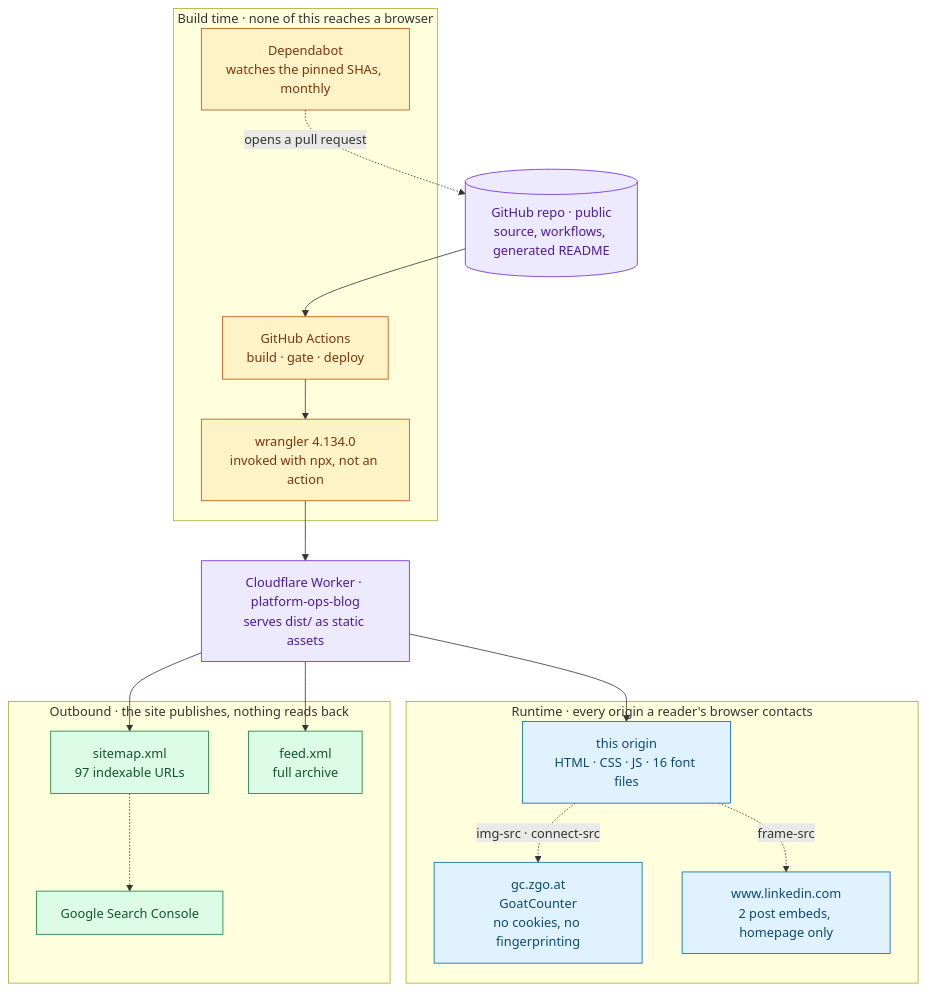
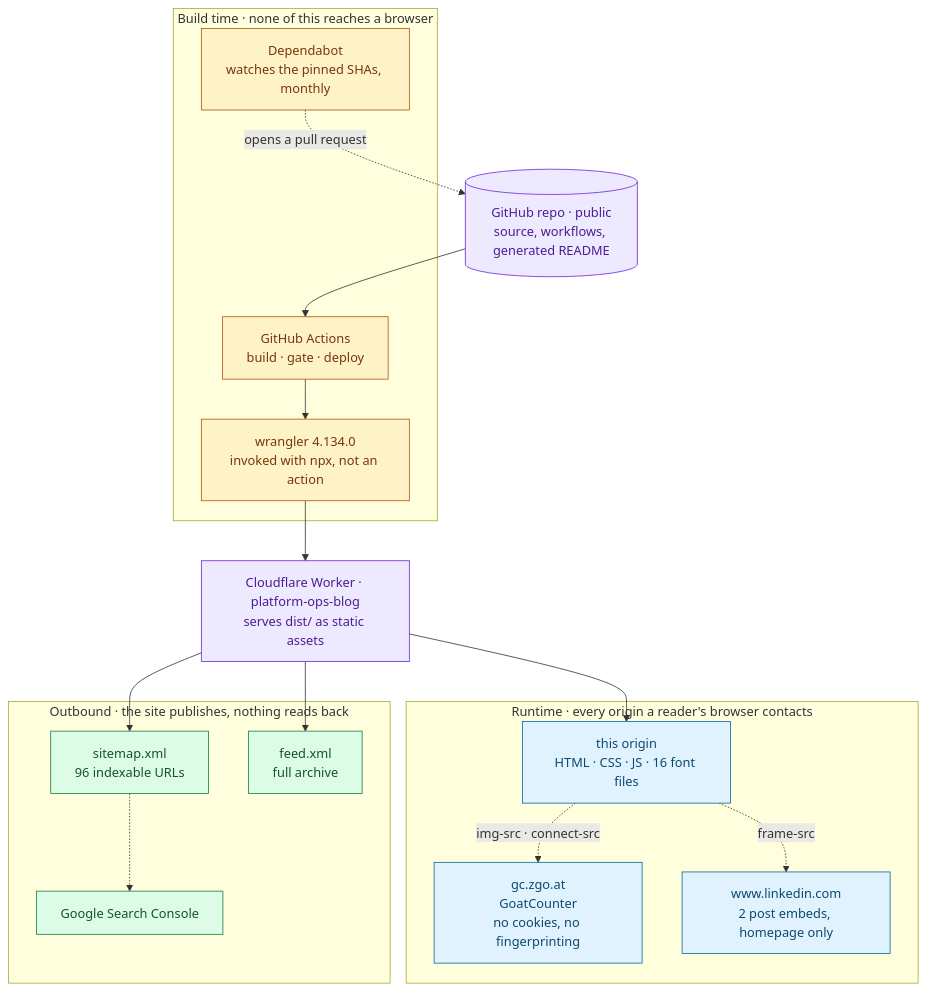
The third of 3 diagrams in README.md (Vishal-Abhinav/Platform-ops-Newsletter), drawn with Mermaid before and after one commit. The commit also changed other lines of this file and 15 other files, not shown here.

````diff
--- a/README.md
+++ b/README.md
@@ -268,42 +268,42 @@
 ```mermaid
 flowchart TB
   REPO[("GitHub repo · public<br/>source, workflows, generated README")]
 
   subgraph BT["Build time · none of this reaches a browser"]
     ACT["GitHub Actions<br/>build · gate · deploy"]
     WR["wrangler 4.134.0<br/>invoked with npx, not an action"]
     DB["Dependabot<br/>watches the pinned SHAs, monthly"]
   end
 
   WORKER["Cloudflare Worker · platform-ops-blog<br/>serves dist/ as static assets"]
 
   subgraph RT["Runtime · every origin a reader's browser contacts"]
     SELF["this origin<br/>HTML · CSS · JS · 16 font files"]
     GC["gc.zgo.at<br/>GoatCounter<br/>no cookies, no fingerprinting"]
     LI["www.linkedin.com<br/>2 post embeds, homepage only"]
   end
 
   subgraph OB["Outbound · the site publishes, nothing reads back"]
-    SM["sitemap.xml<br/>97 indexable URLs"]
+    SM["sitemap.xml<br/>96 indexable URLs"]
     RSS["feed.xml<br/>full archive"]
     GSC["Google Search Console"]
   end
 
   REPO --> ACT --> WR --> WORKER
   DB -.->|opens a pull request| REPO
   WORKER --> SELF
   SELF -.->|"img-src · connect-src"| GC
   SELF -.->|frame-src| LI
   WORKER --> SM
   WORKER --> RSS
   SM -.-> GSC
 
   classDef own fill:#ede9fe,stroke:#6d28d9,color:#4c1d95
   classDef bt fill:#fef3c7,stroke:#b45309,color:#78350f
   classDef rt fill:#e0f2fe,stroke:#0369a1,color:#0c4a6e
   classDef ob fill:#dcfce7,stroke:#15803d,color:#14532d
   class REPO,WORKER own
   class ACT,WR,DB bt
   class SELF,GC,LI rt
   class SM,RSS,GSC ob
 ```
````
